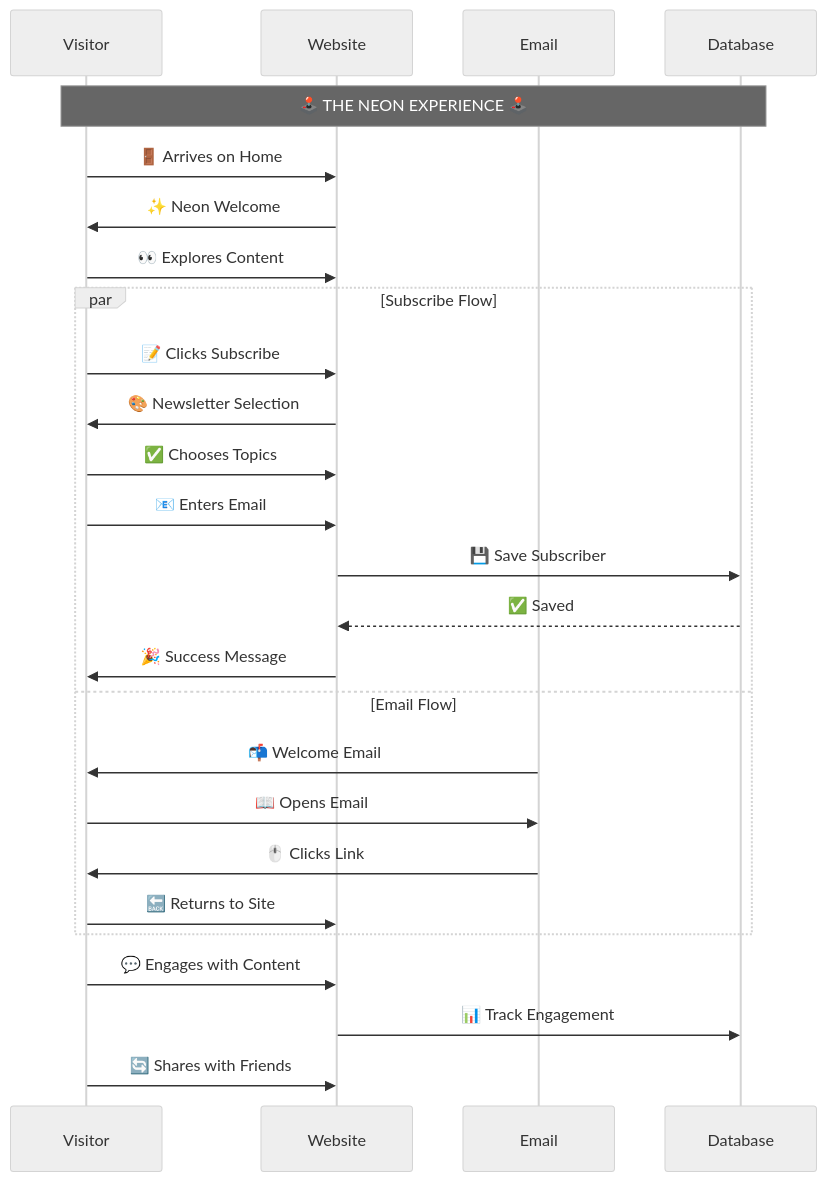
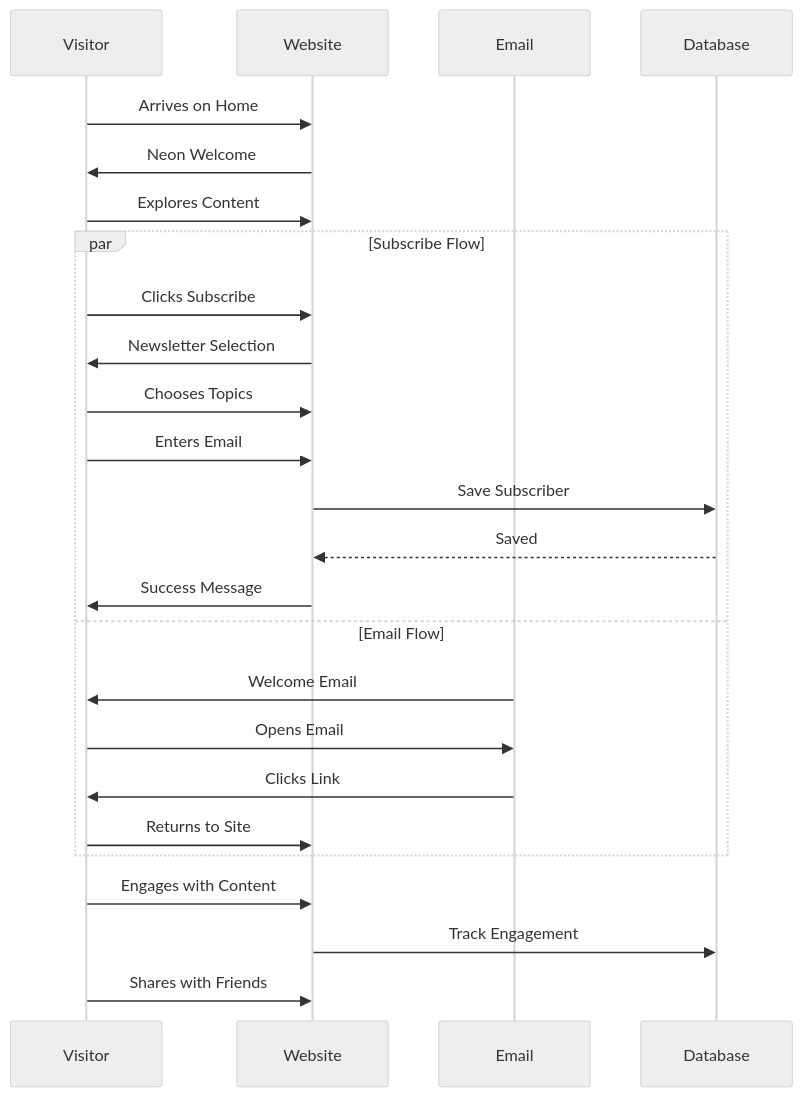
Before and after one commit to mela-malen/hello-cicd: the second of 8 diagrams in docs/visitor-journey.md, drawn with Mermaid (neutral theme). The commit also changed other lines of this file and 2 other files, not shown here.

First line of the commit message:
docs: fix mermaid syntax errors and add navigation links

````diff
--- a/docs/visitor-journey.md
+++ b/docs/visitor-journey.md
@@ -79,32 +79,30 @@
 ```mermaid
 sequenceDiagram
     participant V as Visitor
     participant W as Website
     participant E as Email
     participant DB as Database
 
-    Note over V,DB: 🕹️ THE NEON EXPERIENCE 🕹️
-
-    V->>W: 🚪 Arrives on Home
-    W->>V: ✨ Neon Welcome
-    V->>W: 👀 Explores Content
+    V->>W: Arrives on Home
+    W->>V: Neon Welcome
+    V->>W: Explores Content
 
     par Subscribe Flow
-        V->>W: 📝 Clicks Subscribe
-        W->>V: 🎨 Newsletter Selection
-        V->>W: ✅ Chooses Topics
-        V->>W: 📧 Enters Email
-        W->>DB: 💾 Save Subscriber
-        DB-->>W: ✅ Saved
-        W->>V: 🎉 Success Message
+        V->>W: Clicks Subscribe
+        W->>V: Newsletter Selection
+        V->>W: Chooses Topics
+        V->>W: Enters Email
+        W->>DB: Save Subscriber
+        DB-->>W: Saved
+        W->>V: Success Message
     and Email Flow
-        E->>V: 📬 Welcome Email
-        V->>E: 📖 Opens Email
-        E->>V: 🖱️ Clicks Link
-        V->>W: 🔙 Returns to Site
+        E->>V: Welcome Email
+        V->>E: Opens Email
+        E->>V: Clicks Link
+        V->>W: Returns to Site
     end
 
-    V->>W: 💬 Engages with Content
-    W->>DB: 📊 Track Engagement
-    V->>W: 🔄 Shares with Friends
+    V->>W: Engages with Content
+    W->>DB: Track Engagement
+    V->>W: Shares with Friends
 ```
````
